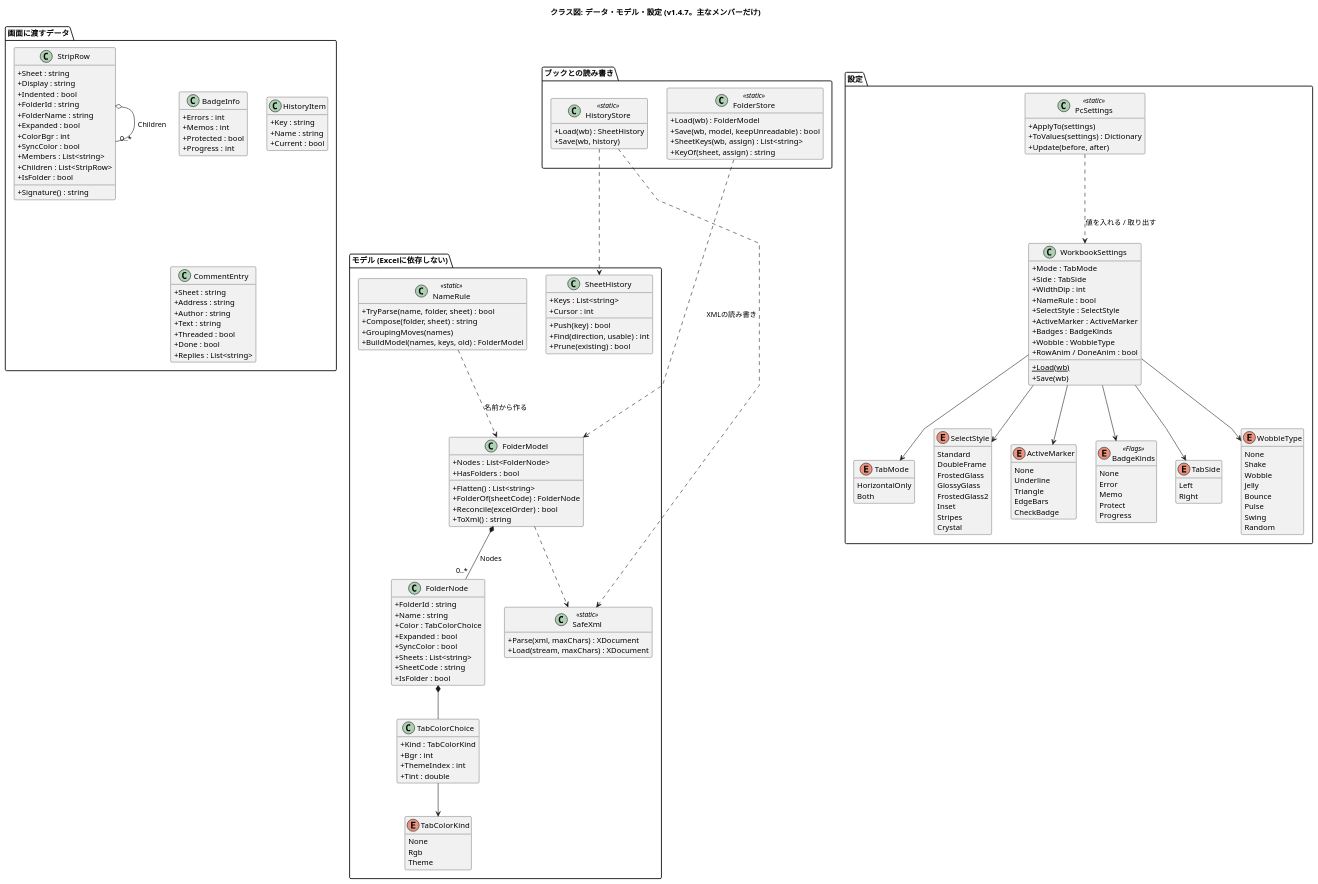
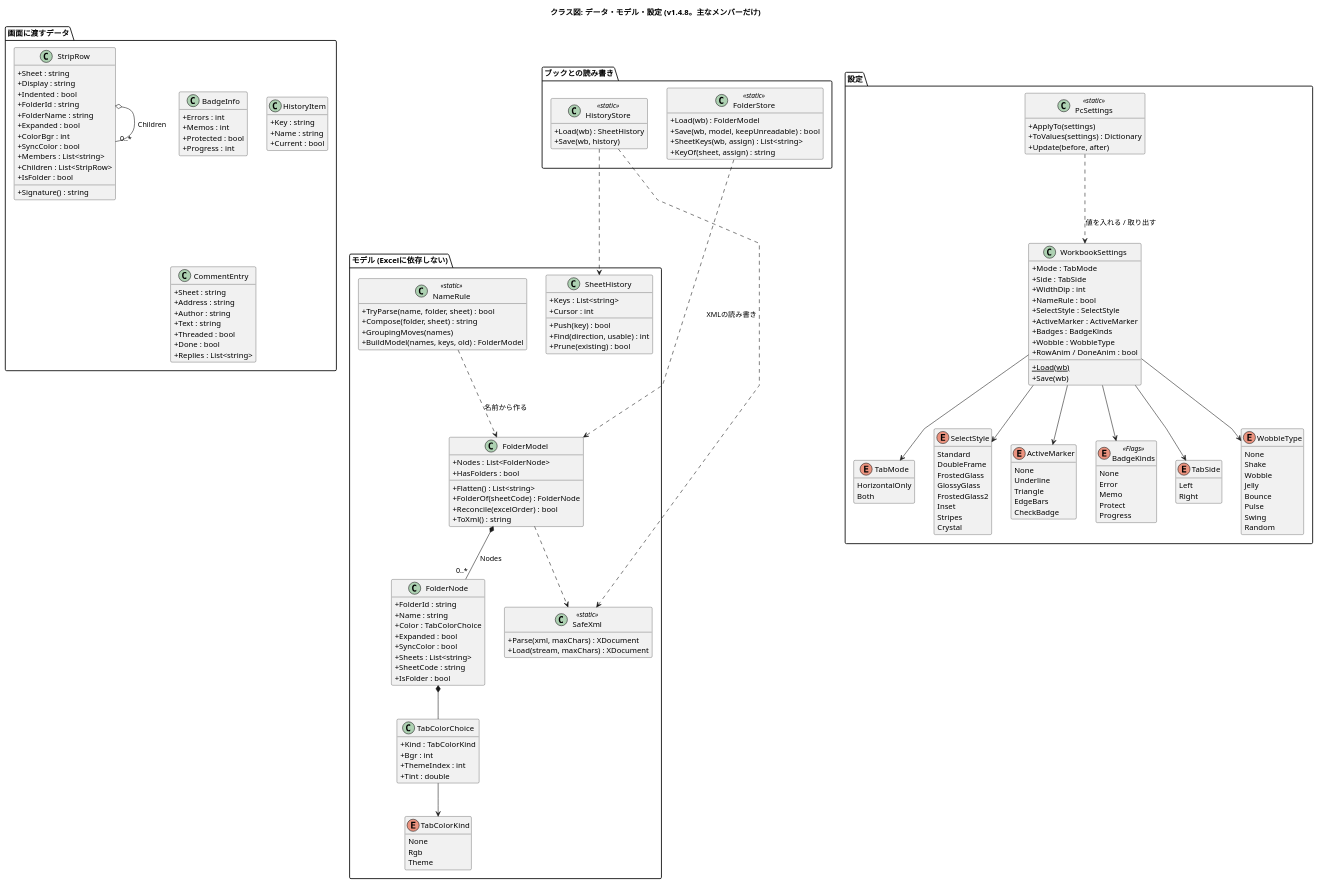
Before and after one commit to nk-taka623/VerticalSheetTabs: the diagram in docs/class-data.puml, drawn with PlantUML. The commit also changed 14 other files, not shown here.

Commit message:
v1.4.8 にする (バージョン、README の変更点、設計図の版数)

```diff
--- a/docs/class-data.puml
+++ b/docs/class-data.puml
@@ -1,188 +1,188 @@
 @startuml
-title クラス図: データ・モデル・設定 (v1.4.7。主なメンバーだけ)
+title クラス図: データ・モデル・設定 (v1.4.8。主なメンバーだけ)
 skinparam shadowing false
 skinparam classAttributeIconSize 0
 skinparam linetype polyline
 hide empty members
 
 package "モデル (Excelに依存しない)" {
   class FolderModel {
     +Nodes : List<FolderNode>
     +HasFolders : bool
     +Flatten() : List<string>
     +FolderOf(sheetCode) : FolderNode
     +Reconcile(excelOrder) : bool
     +ToXml() : string
   }
   class FolderNode {
     +FolderId : string
     +Name : string
     +Color : TabColorChoice
     +Expanded : bool
     +SyncColor : bool
     +Sheets : List<string>
     +SheetCode : string
     +IsFolder : bool
   }
   class TabColorChoice {
     +Kind : TabColorKind
     +Bgr : int
     +ThemeIndex : int
     +Tint : double
   }
   enum TabColorKind {
     None
     Rgb
     Theme
   }
   class SheetHistory {
     +Keys : List<string>
     +Cursor : int
     +Push(key) : bool
     +Find(direction, usable) : int
     +Prune(existing) : bool
   }
   class NameRule <<static>> {
     +TryParse(name, folder, sheet) : bool
     +Compose(folder, sheet) : string
     +GroupingMoves(names)
     +BuildModel(names, keys, old) : FolderModel
   }
   class SafeXml <<static>> {
     +Parse(xml, maxChars) : XDocument
     +Load(stream, maxChars) : XDocument
   }
 }
 
 package "ブックとの読み書き" {
   class FolderStore <<static>> {
     +Load(wb) : FolderModel
     +Save(wb, model, keepUnreadable) : bool
     +SheetKeys(wb, assign) : List<string>
     +KeyOf(sheet, assign) : string
   }
   class HistoryStore <<static>> {
     +Load(wb) : SheetHistory
     +Save(wb, history)
   }
 }
 
 package "設定" {
   class WorkbookSettings {
     +Mode : TabMode
     +Side : TabSide
     +WidthDip : int
     +NameRule : bool
     +SelectStyle : SelectStyle
     +ActiveMarker : ActiveMarker
     +Badges : BadgeKinds
     +Wobble : WobbleType
     +RowAnim / DoneAnim : bool
     +Load(wb) {static}
     +Save(wb)
   }
   class PcSettings <<static>> {
     +ApplyTo(settings)
     +ToValues(settings) : Dictionary
     +Update(before, after)
   }
   enum TabMode {
     HorizontalOnly
     Both
   }
   enum SelectStyle {
     Standard
     DoubleFrame
     FrostedGlass
     GlossyGlass
     FrostedGlass2
     Inset
     Stripes
     Crystal
   }
   enum ActiveMarker {
     None
     Underline
     Triangle
     EdgeBars
     CheckBadge
   }
   enum BadgeKinds <<Flags>> {
     None
     Error
     Memo
     Protect
     Progress
   }
   enum TabSide {
     Left
     Right
   }
   enum WobbleType {
     None
     Shake
     Wobble
     Jelly
     Bounce
     Pulse
     Swing
     Random
   }
 }
 
 package "画面に渡すデータ" {
   class StripRow {
     +Sheet : string
     +Display : string
     +Indented : bool
     +FolderId : string
     +FolderName : string
     +Expanded : bool
     +ColorBgr : int
     +SyncColor : bool
     +Members : List<string>
     +Children : List<StripRow>
     +IsFolder : bool
     +Signature() : string
   }
   class BadgeInfo {
     +Errors : int
     +Memos : int
     +Protected : bool
     +Progress : int
   }
   class HistoryItem {
     +Key : string
     +Name : string
     +Current : bool
   }
   class CommentEntry {
     +Sheet : string
     +Address : string
     +Author : string
     +Text : string
     +Threaded : bool
     +Done : bool
     +Replies : List<string>
   }
 }
 
 FolderModel *-- "0..*" FolderNode : Nodes
 FolderNode *-- TabColorChoice
 TabColorChoice --> TabColorKind
 StripRow o-- "0..*" StripRow : Children
 
 FolderStore ..> FolderModel : XMLの読み書き
 FolderModel ..> SafeXml
 HistoryStore ..> SheetHistory
 HistoryStore ..> SafeXml
 NameRule ..> FolderModel : 名前から作る
 
 WorkbookSettings --> TabMode
 WorkbookSettings --> TabSide
 WorkbookSettings --> SelectStyle
 WorkbookSettings --> ActiveMarker
 WorkbookSettings --> BadgeKinds
 WorkbookSettings --> WobbleType
 PcSettings ..> WorkbookSettings : 値を入れる / 取り出す
 @enduml
```
